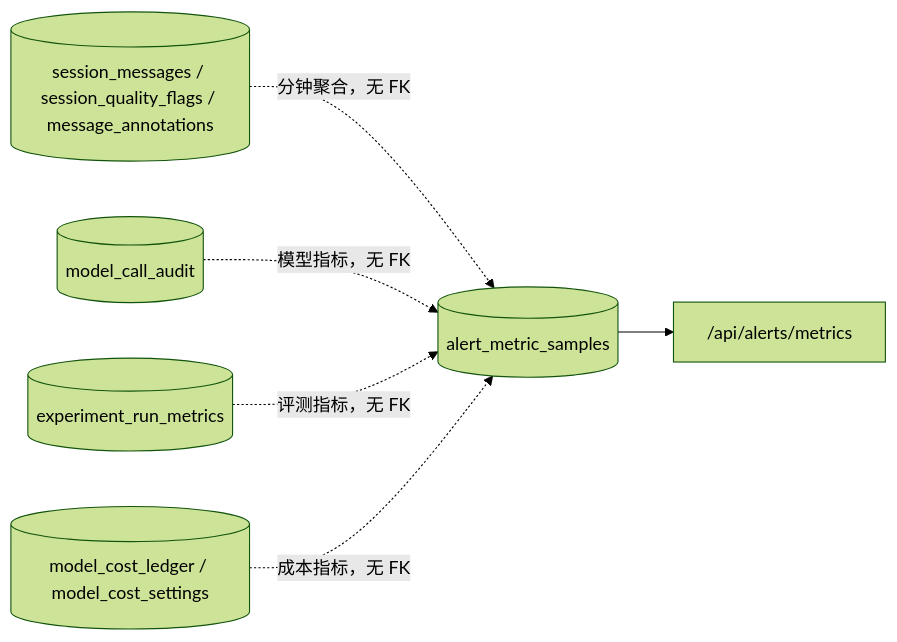
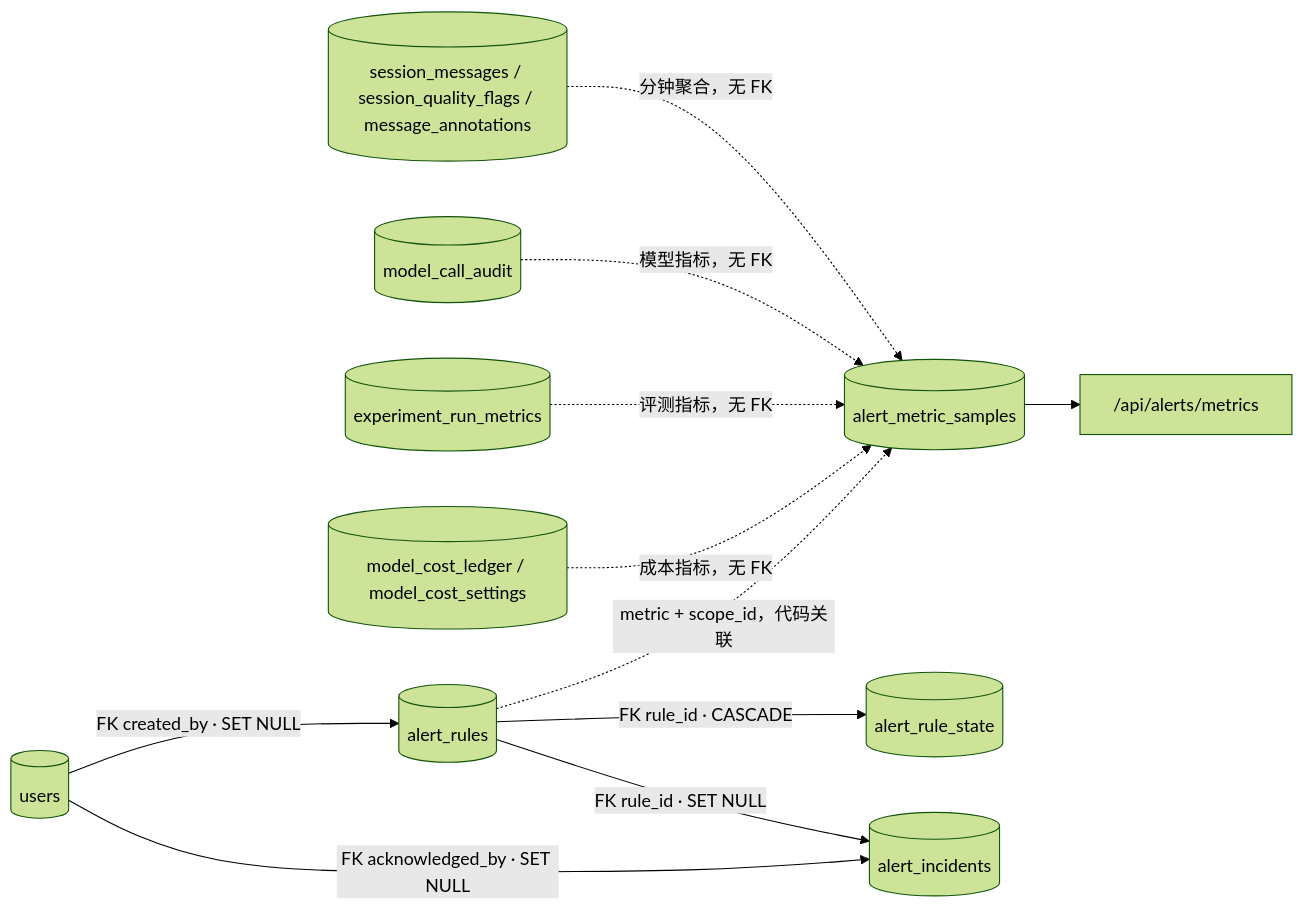
One commit to weiAX95/admin changed the sixth of 20 diagrams in docs/database-relationships.md. Above: the diagram before and after it, drawn with Mermaid (forest theme). The commit also changed other lines of this file and 9 other files, not shown here.

Commit message:
feat: add persistent alert rules and incident monitoring

````diff
--- a/docs/database-relationships.md
+++ b/docs/database-relationships.md
@@ -108,8 +110,13 @@
 ```mermaid
 flowchart LR
   Sessions[(session_messages / session_quality_flags / message_annotations)] -. "分钟聚合，无 FK" .-> Samples[(alert_metric_samples)]
   Calls[(model_call_audit)] -. "模型指标，无 FK" .-> Samples
   Runs[(experiment_run_metrics)] -. "评测指标，无 FK" .-> Samples
   Costs[(model_cost_ledger / model_cost_settings)] -. "成本指标，无 FK" .-> Samples
   Samples --> API["/api/alerts/metrics"]
+  Users[(users)] -->|"FK created_by · SET NULL"| Rules[(alert_rules)]
+  Rules -->|"FK rule_id · CASCADE"| State[(alert_rule_state)]
+  Rules -->|"FK rule_id · SET NULL"| Incidents[(alert_incidents)]
+  Users -->|"FK acknowledged_by · SET NULL"| Incidents
+  Rules -. "metric + scope_id，代码关联" .-> Samples
 ```
````
